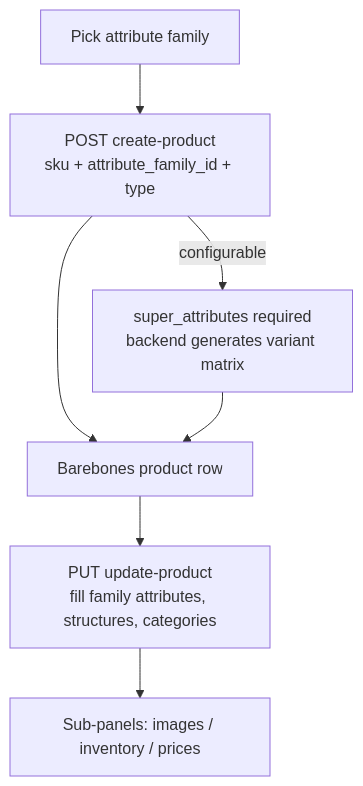
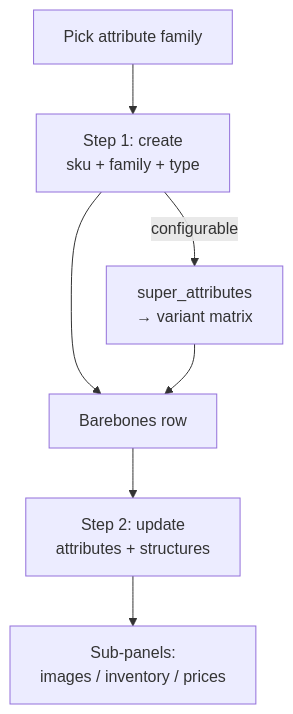
One commit to bagisto/bagisto-api-docs changed the second of 3 diagrams in src/api/workflows/admin/product-management.md. Above: the diagram before and after it, drawn with Mermaid. The commit also changed other lines of this file and 9 other files, not shown here.

````diff
--- a/src/api/workflows/admin/product-management.md
+++ b/src/api/workflows/admin/product-management.md
@@ -43,9 +43,9 @@
 ```mermaid
 flowchart TD
-  fam[Pick attribute family] --> step1[POST create-product<br/>sku + attribute_family_id + type]
-  step1 -->|configurable| sa[super_attributes required<br/>backend generates variant matrix]
-  step1 --> row[Barebones product row]
+  fam["Pick attribute family"] --> step1["Step 1: create<br/>sku + family + type"]
+  step1 -->|configurable| sa["super_attributes<br/>→ variant matrix"]
+  step1 --> row["Barebones row"]
   sa --> row
-  row --> step2[PUT update-product<br/>fill family attributes, structures, categories]
-  step2 --> subs[Sub-panels: images / inventory / prices]
+  row --> step2["Step 2: update<br/>attributes + structures"]
+  step2 --> subs["Sub-panels:<br/>images / inventory / prices"]
 ```
````
